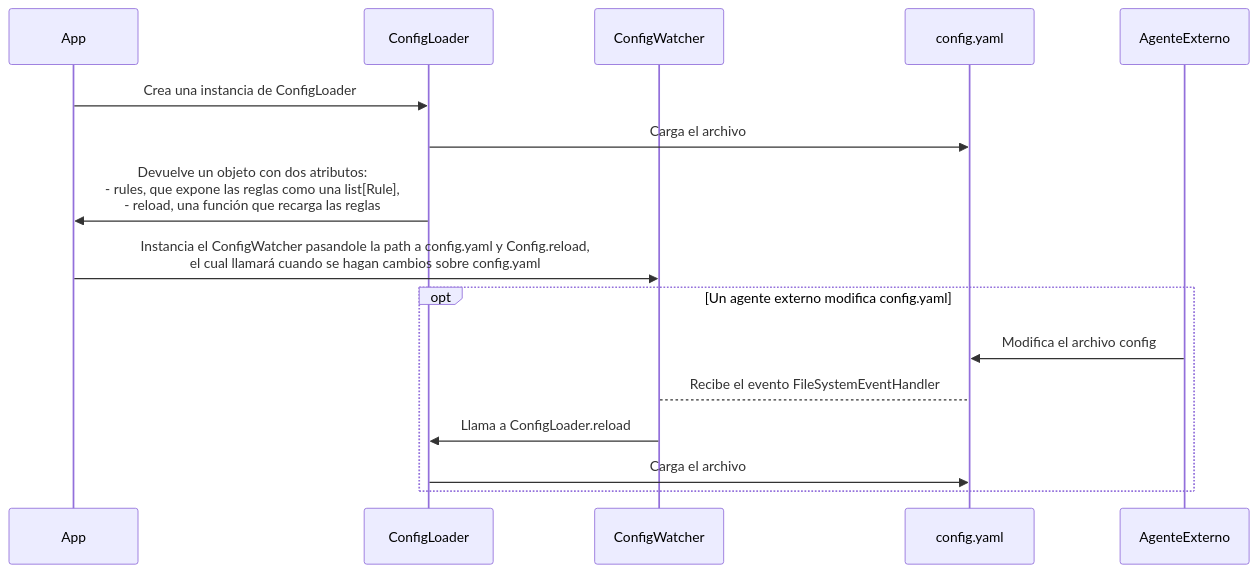
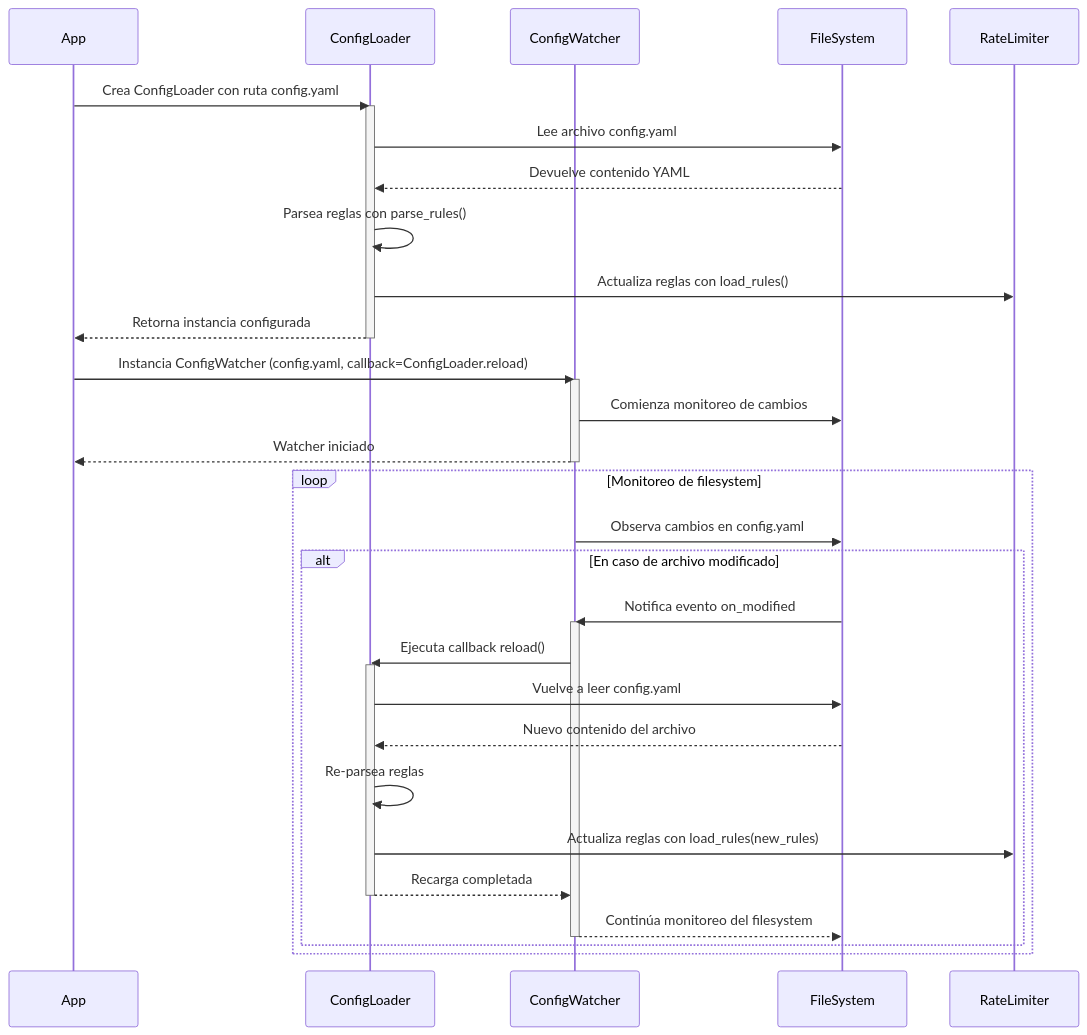
Before and after one commit to KrappRamiro/meli-proxy: the fourth of 4 diagrams in README.md, drawn with Mermaid. The commit also changed other lines of this file and 2 other files, not shown here.

Commit message:
improve diagrams

````diff
--- a/README.md
+++ b/README.md
@@ -255,25 +291,41 @@
 ```mermaid
 sequenceDiagram
-participant App
-participant ConfigLoader
-participant ConfigWatcher
-participant config.yaml
-participant AgenteExterno
+    participant App
+    participant ConfigLoader
+    participant ConfigWatcher
+    participant FileSystem
+    participant RateLimiter
 
+    App->>ConfigLoader: Crea ConfigLoader con ruta config.yaml
+    activate ConfigLoader
+    ConfigLoader->>FileSystem: Lee archivo config.yaml
+    FileSystem-->>ConfigLoader: Devuelve contenido YAML
+    ConfigLoader->>ConfigLoader: Parsea reglas con parse_rules()
+    ConfigLoader->>RateLimiter: Actualiza reglas con load_rules()
+    ConfigLoader-->>App: Retorna instancia configurada
+    deactivate ConfigLoader
 
-App->>ConfigLoader: Crea una instancia de ConfigLoader
+    App->>ConfigWatcher: Instancia ConfigWatcher (config.yaml, callback=ConfigLoader.reload)
+    activate ConfigWatcher
+    ConfigWatcher->>FileSystem: Comienza monitoreo de cambios
+    ConfigWatcher-->>App: Watcher iniciado
+    deactivate ConfigWatcher
 
-ConfigLoader->>config.yaml: Carga el archivo
-
-ConfigLoader->>App: Devuelve un objeto con dos atributos:<br/>- rules, que expone las reglas como una list[Rule],<br/>- reload, una función que recarga las reglas
-
-App->>ConfigWatcher: Instancia el ConfigWatcher pasandole la path a config.yaml y Config.reload, <br/> el cual llamará cuando se hagan cambios sobre config.yaml
-
-opt Un agente externo modifica config.yaml
-  AgenteExterno->>config.yaml: Modifica el archivo config
-
-  ConfigWatcher-->config.yaml: Recibe el evento FileSystemEventHandler
-  ConfigWatcher->>ConfigLoader: Llama a ConfigLoader.reload
-  ConfigLoader->>config.yaml: Carga el archivo
-end
+    loop Monitoreo de filesystem
+        ConfigWatcher->>FileSystem: Observa cambios en config.yaml
+        alt En caso de archivo modificado
+            FileSystem->>ConfigWatcher: Notifica evento on_modified
+            activate ConfigWatcher
+            ConfigWatcher->>ConfigLoader: Ejecuta callback reload()
+            activate ConfigLoader
+            ConfigLoader->>FileSystem: Vuelve a leer config.yaml
+            FileSystem-->>ConfigLoader: Nuevo contenido del archivo
+            ConfigLoader->>ConfigLoader: Re-parsea reglas
+            ConfigLoader->>RateLimiter: Actualiza reglas con load_rules(new_rules)
+            ConfigLoader-->>ConfigWatcher: Recarga completada
+            deactivate ConfigLoader
+            ConfigWatcher-->>FileSystem: Continúa monitoreo del filesystem
+            deactivate ConfigWatcher
+        end
+    end
 ```
````
